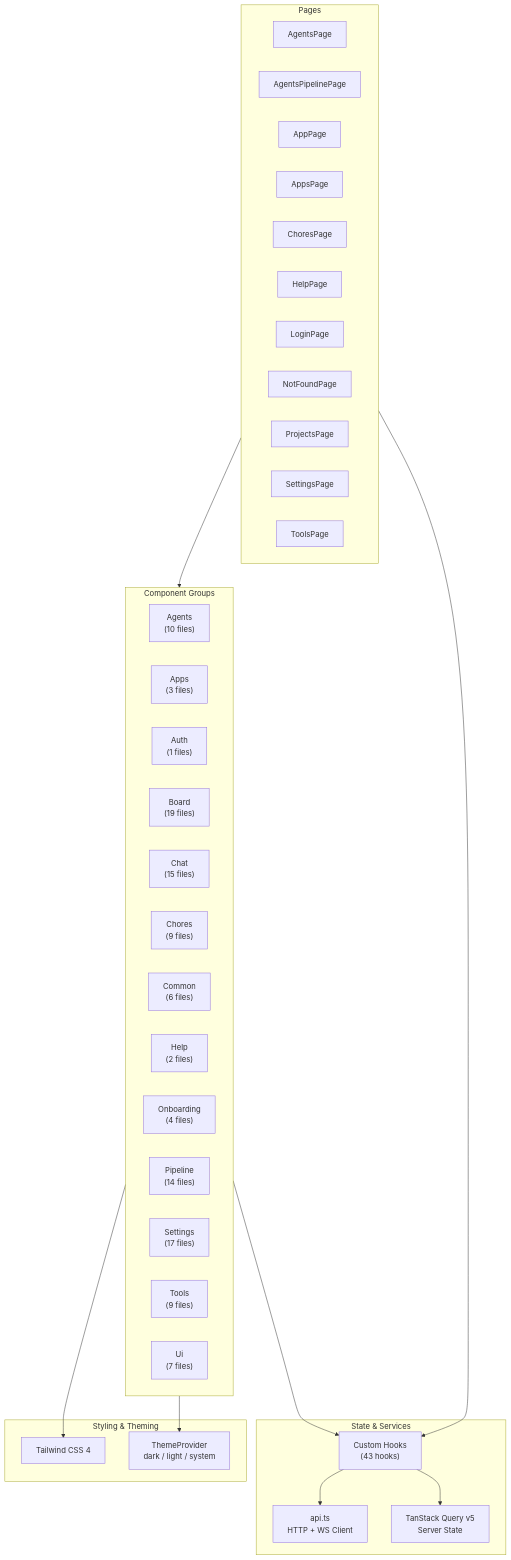
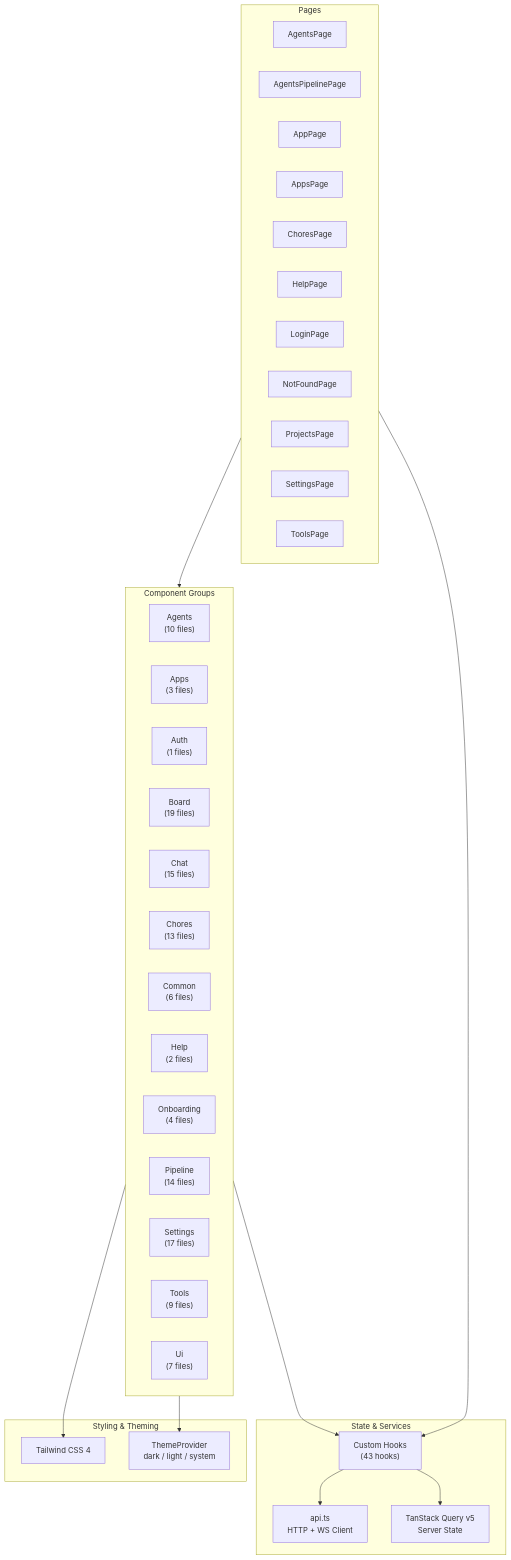
The diagram in solune/docs/architectures/frontend-components.mmd (Boykai/github-workflows), drawn with Mermaid before and after one commit. The commit also changed 18 other files, not shown here.

```diff
--- a/solune/docs/architectures/frontend-components.mmd
+++ b/solune/docs/architectures/frontend-components.mmd
@@ -1,49 +1,49 @@
 graph TB
     subgraph Pages["Pages"]
         P_0["AgentsPage"]
         P_1["AgentsPipelinePage"]
         P_2["AppPage"]
         P_3["AppsPage"]
         P_4["ChoresPage"]
         P_5["HelpPage"]
         P_6["LoginPage"]
         P_7["NotFoundPage"]
         P_8["ProjectsPage"]
         P_9["SettingsPage"]
         P_10["ToolsPage"]
     end
 
     subgraph Components["Component Groups"]
         C_0["Agents<br/>(10 files)"]
         C_1["Apps<br/>(3 files)"]
         C_2["Auth<br/>(1 files)"]
         C_3["Board<br/>(19 files)"]
         C_4["Chat<br/>(15 files)"]
-        C_5["Chores<br/>(9 files)"]
+        C_5["Chores<br/>(13 files)"]
         C_6["Common<br/>(6 files)"]
         C_7["Help<br/>(2 files)"]
         C_8["Onboarding<br/>(4 files)"]
         C_9["Pipeline<br/>(14 files)"]
         C_10["Settings<br/>(17 files)"]
         C_11["Tools<br/>(9 files)"]
         C_12["Ui<br/>(7 files)"]
     end
 
     subgraph State["State & Services"]
         Hooks["Custom Hooks<br/>(43 hooks)"]
         API["api.ts<br/>HTTP + WS Client"]
         TQ["TanStack Query v5<br/>Server State"]
     end
 
     subgraph Styling["Styling & Theming"]
         TW["Tailwind CSS 4"]
         Theme["ThemeProvider<br/>dark / light / system"]
     end
 
     Pages --> Components
     Pages --> Hooks
     Components --> Hooks
     Hooks --> API
     Hooks --> TQ
     Components --> TW
     Components --> Theme
```
